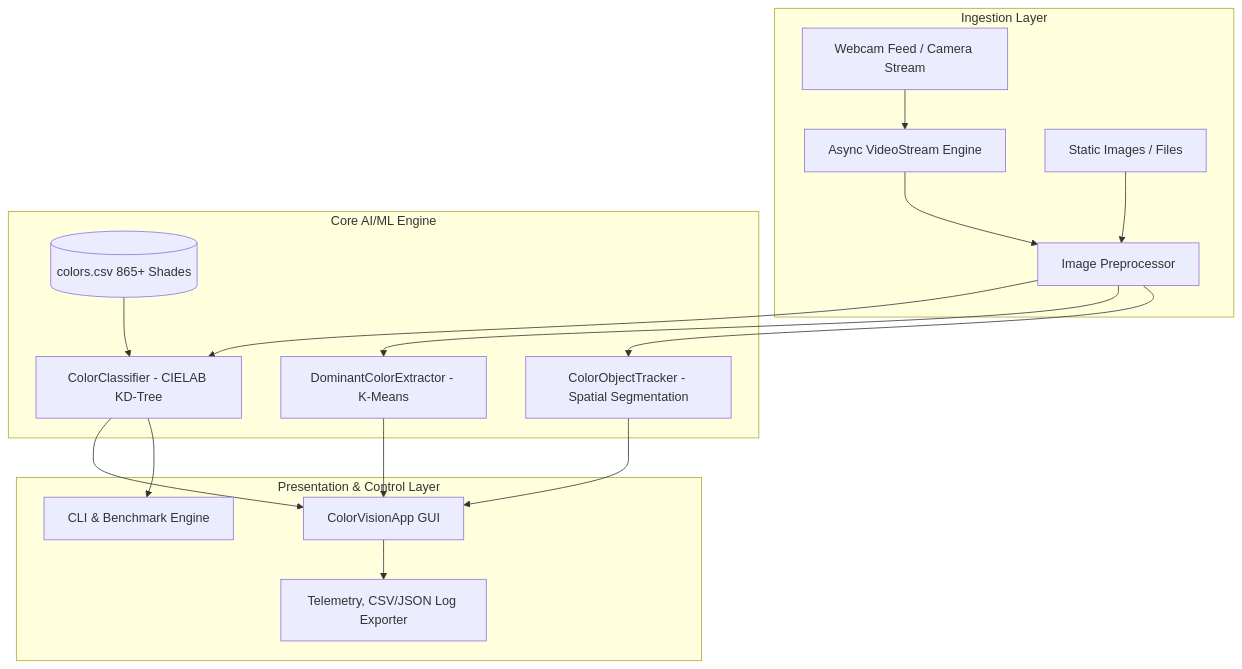
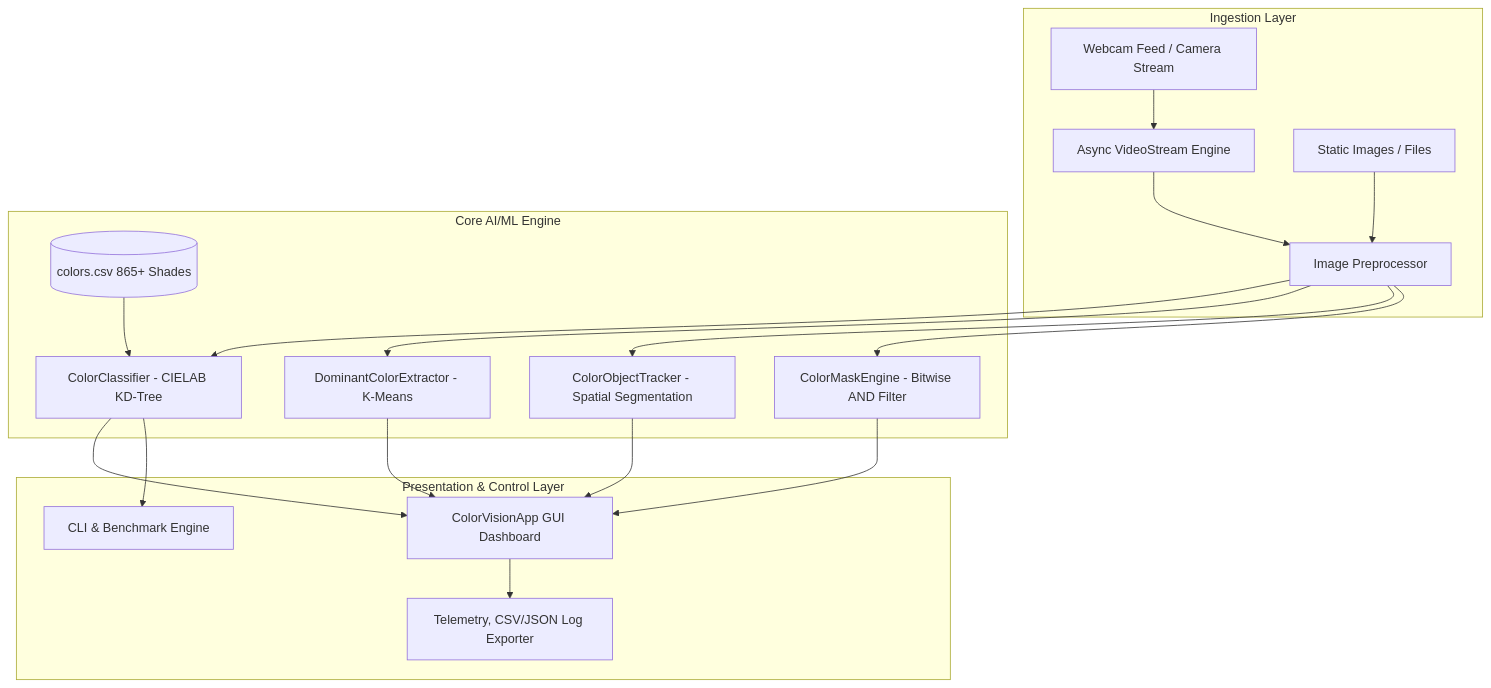
The diagram in color detection app/README.md (ayushg1105/projects), drawn with Mermaid before and after one commit. The commit also changed other lines of this file, not shown here.

````diff
--- a/color detection app/README.md
+++ b/color detection app/README.md
@@ -86,23 +88,25 @@
 ```mermaid
 graph TD
     subgraph Ingestion Layer
         A[Webcam Feed / Camera Stream] --> VS[Async VideoStream Engine]
         B[Static Images / Files] --> PP[Image Preprocessor]
     end
 
     subgraph Core AI/ML Engine
         VS --> PP
         PP --> CC[ColorClassifier - CIELAB KD-Tree]
         PP --> KM[DominantColorExtractor - K-Means]
         PP --> OT[ColorObjectTracker - Spatial Segmentation]
+        PP --> CM[ColorMaskEngine - Bitwise AND Filter]
         Dataset[(colors.csv 865+ Shades)] --> CC
     end
 
     subgraph Presentation & Control Layer
-        CC --> App[ColorVisionApp GUI]
+        CC --> App[ColorVisionApp GUI Dashboard]
         KM --> App
         OT --> App
+        CM --> App
         App --> Analytics[Telemetry, CSV/JSON Log Exporter]
         CC --> CLI[CLI & Benchmark Engine]
     end
 ```
````
